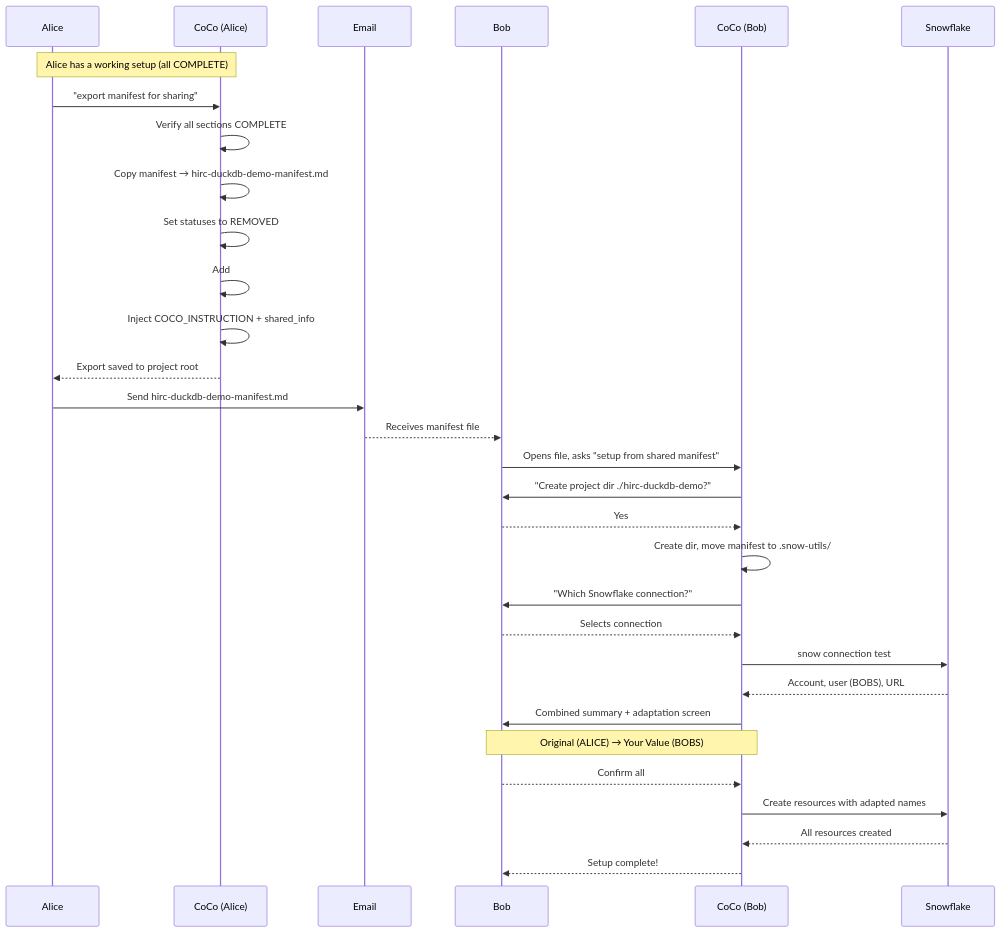
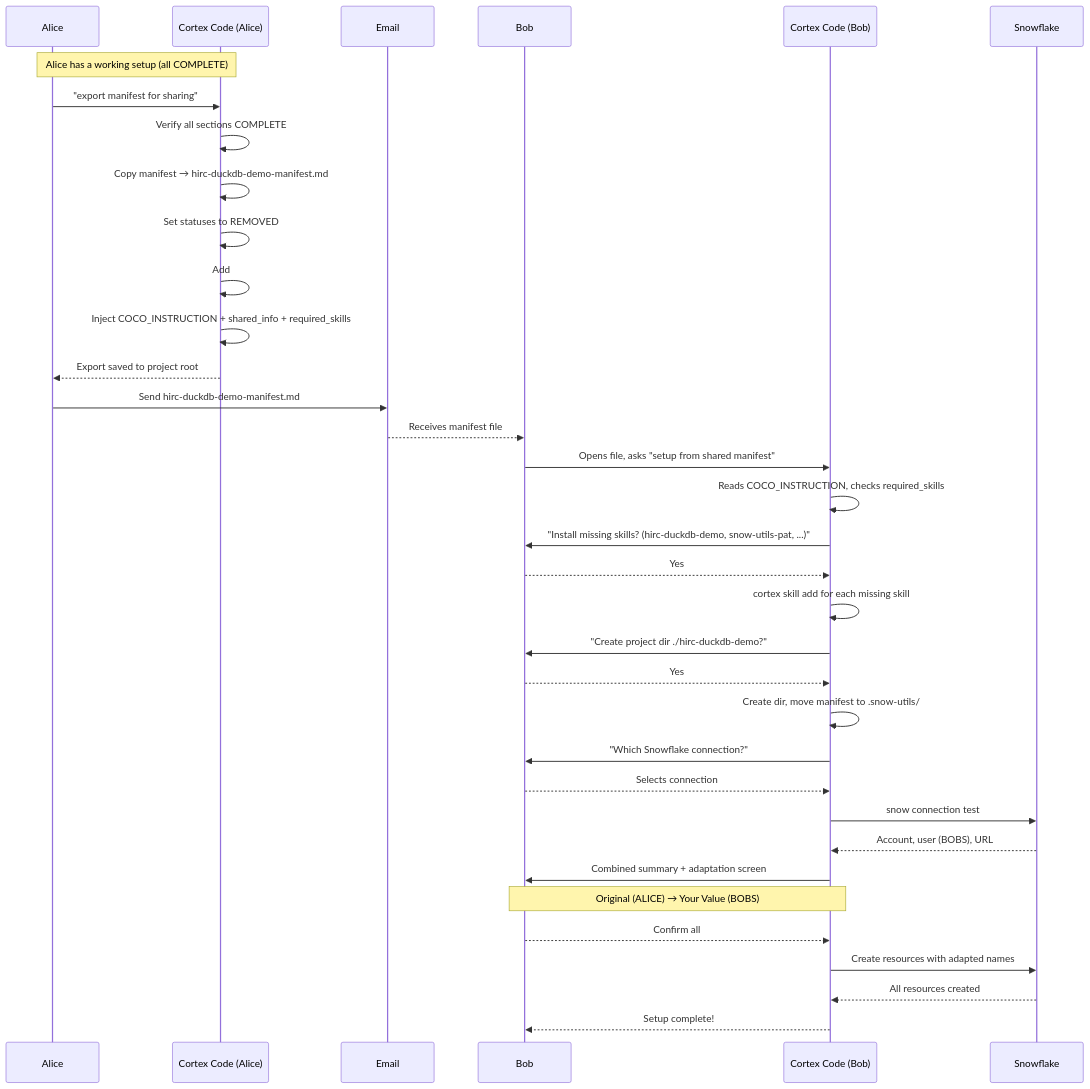
One commit to kameshsampath/snow-utils-skills changed the diagram in README.md. Above: the diagram before and after it, drawn with Mermaid. The commit also changed other lines of this file and 13 other files, not shown here.

First line of the commit message:
refactor: rename CoCo to Cortex Code across all skills

````diff
--- a/README.md
+++ b/README.md
@@ -150,43 +150,47 @@
 ```mermaid
 sequenceDiagram
     participant Alice
-    participant CoCo as CoCo (Alice)
+    participant CC as Cortex Code (Alice)
     participant Email
     participant Bob
-    participant CoCo2 as CoCo (Bob)
+    participant CC2 as Cortex Code (Bob)
     participant SF as Snowflake
 
-    Note over Alice,CoCo: Alice has a working setup (all COMPLETE)
+    Note over Alice,CC: Alice has a working setup (all COMPLETE)
 
-    Alice->>CoCo: "export manifest for sharing"
-    CoCo->>CoCo: Verify all sections COMPLETE
-    CoCo->>CoCo: Copy manifest → hirc-duckdb-demo-manifest.md
-    CoCo->>CoCo: Set statuses to REMOVED
-    CoCo->>CoCo: Add # ADAPT markers on user-prefixed values
-    CoCo->>CoCo: Inject COCO_INSTRUCTION + shared_info
-    CoCo-->>Alice: Export saved to project root
+    Alice->>CC: "export manifest for sharing"
+    CC->>CC: Verify all sections COMPLETE
+    CC->>CC: Copy manifest → hirc-duckdb-demo-manifest.md
+    CC->>CC: Set statuses to REMOVED
+    CC->>CC: Add # ADAPT markers on user-prefixed values
+    CC->>CC: Inject COCO_INSTRUCTION + shared_info + required_skills
+    CC-->>Alice: Export saved to project root
 
     Alice->>Email: Send hirc-duckdb-demo-manifest.md
 
     Email-->>Bob: Receives manifest file
 
-    Bob->>CoCo2: Opens file, asks "setup from shared manifest"
-    CoCo2->>Bob: "Create project dir ./hirc-duckdb-demo?"
-    Bob-->>CoCo2: Yes
+    Bob->>CC2: Opens file, asks "setup from shared manifest"
+    CC2->>CC2: Reads COCO_INSTRUCTION, checks required_skills
+    CC2->>Bob: "Install missing skills? (hirc-duckdb-demo, snow-utils-pat, ...)"
+    Bob-->>CC2: Yes
+    CC2->>CC2: cortex skill add for each missing skill
+    CC2->>Bob: "Create project dir ./hirc-duckdb-demo?"
+    Bob-->>CC2: Yes
 
-    CoCo2->>CoCo2: Create dir, move manifest to .snow-utils/
-    CoCo2->>Bob: "Which Snowflake connection?"
-    Bob-->>CoCo2: Selects connection
+    CC2->>CC2: Create dir, move manifest to .snow-utils/
+    CC2->>Bob: "Which Snowflake connection?"
+    Bob-->>CC2: Selects connection
 
-    CoCo2->>SF: snow connection test
-    SF-->>CoCo2: Account, user (BOBS), URL
+    CC2->>SF: snow connection test
+    SF-->>CC2: Account, user (BOBS), URL
 
-    CoCo2->>Bob: Combined summary + adaptation screen
-    Note over CoCo2,Bob: Original (ALICE) → Your Value (BOBS)
-    Bob-->>CoCo2: Confirm all
+    CC2->>Bob: Combined summary + adaptation screen
+    Note over CC2,Bob: Original (ALICE) → Your Value (BOBS)
+    Bob-->>CC2: Confirm all
 
-    CoCo2->>SF: Create resources with adapted names
-    SF-->>CoCo2: All resources created
+    CC2->>SF: Create resources with adapted names
+    SF-->>CC2: All resources created
 
-    CoCo2-->>Bob: Setup complete!
+    CC2-->>Bob: Setup complete!
 ```
````
